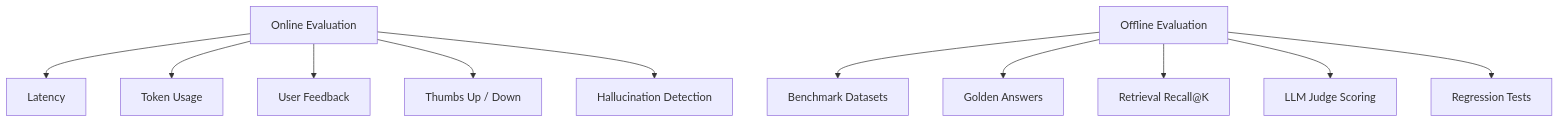
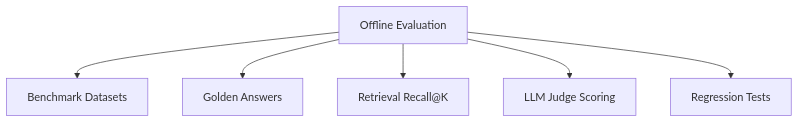
The third of 3 diagrams in README.md (taixingbi/chat-bot-docs), drawn with Mermaid before and after one commit. The commit also changed other lines of this file, not shown here.

Commit message:
Update evaluation flowcharts in README.md

````diff
--- a/README.md
+++ b/README.md
@@ -26,20 +39,11 @@
 ```mermaid
 flowchart TD
 
-B[Online Evaluation]
-C[Offline Evaluation]
+A[Offline Evaluation]
 
-%% Online metrics
-B --> B1[Latency]
-B --> B2[Token Usage]
-B --> B3[User Feedback]
-B --> B4[Thumbs Up / Down]
-B --> B5[Hallucination Detection]
-
-%% Offline metrics
-C --> C1[Benchmark Datasets]
-C --> C2[Golden Answers]
-C --> C3[Retrieval Recall@K]
-C --> C4[LLM Judge Scoring]
-C --> C5[Regression Tests]
+A --> B1[Benchmark Datasets]
+A --> B2[Golden Answers]
+A --> B3[Retrieval Recall@K]
+A --> B4[LLM Judge Scoring]
+A --> B5[Regression Tests]
 ```
````
